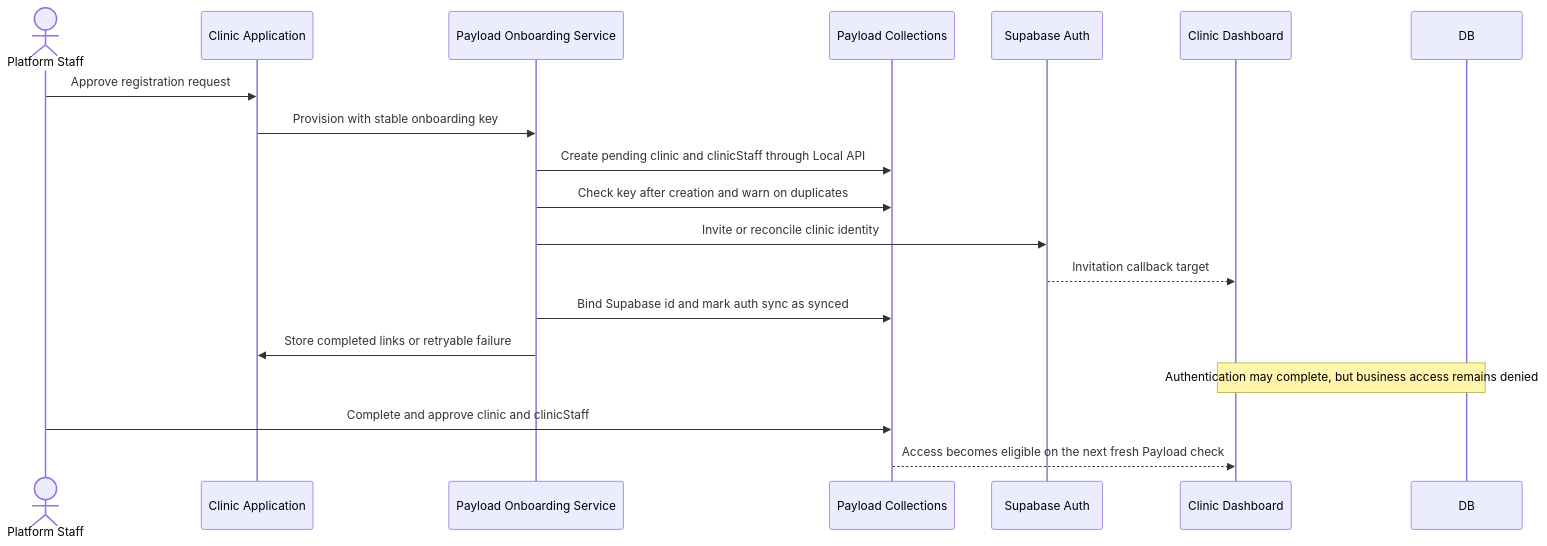
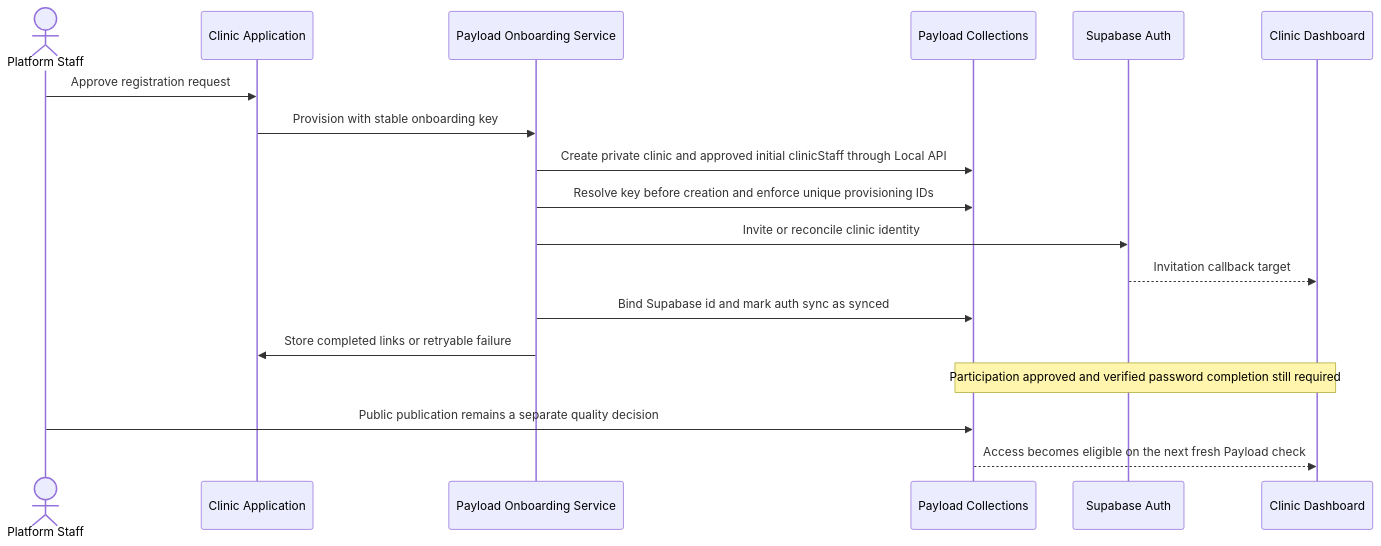
One commit to findmydoc-platform/website changed the first of 4 diagrams in docs/security/auth-flow-diagram.md. Above: the diagram before and after it, drawn with Mermaid. The commit also changed other lines of this file and 46 other files, not shown here.

Commit message:
feat: separate clinic participation from public publication

````diff
--- a/docs/security/auth-flow-diagram.md
+++ b/docs/security/auth-flow-diagram.md
@@ -5,21 +5,21 @@
 ```mermaid
 sequenceDiagram
     actor Platform as Platform Staff
     participant Application as Clinic Application
     participant Payload as Payload Onboarding Service
     participant Collections as Payload Collections
     participant Supabase as Supabase Auth
     participant Dashboard as Clinic Dashboard
 
     Platform->>Application: Approve registration request
     Application->>Payload: Provision with stable onboarding key
-    Payload->>Collections: Create pending clinic and clinicStaff through Local API
-    Payload->>Collections: Check key after creation and warn on duplicates
+    Payload->>Collections: Create private clinic and approved initial clinicStaff through Local API
+    Payload->>Collections: Resolve key before creation and enforce unique provisioning IDs
     Payload->>Supabase: Invite or reconcile clinic identity
     Supabase-->>Dashboard: Invitation callback target
     Payload->>Collections: Bind Supabase id and mark auth sync as synced
     Payload->>Application: Store completed links or retryable failure
-    Note over Dashboard,DB: Authentication may complete, but business access remains denied
-    Platform->>Collections: Complete and approve clinic and clinicStaff
+    Note over Dashboard,Collections: Participation approved and verified password completion still required
+    Platform->>Collections: Public publication remains a separate quality decision
     Collections-->>Dashboard: Access becomes eligible on the next fresh Payload check
 ```
````
